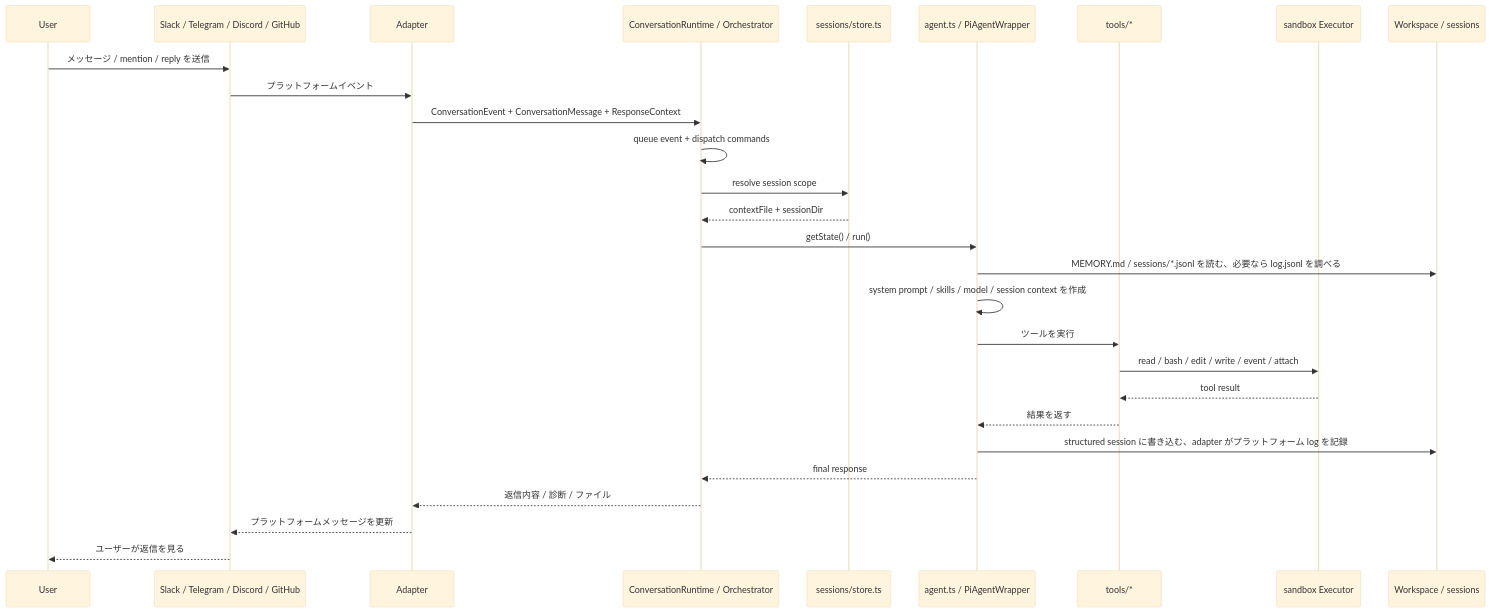
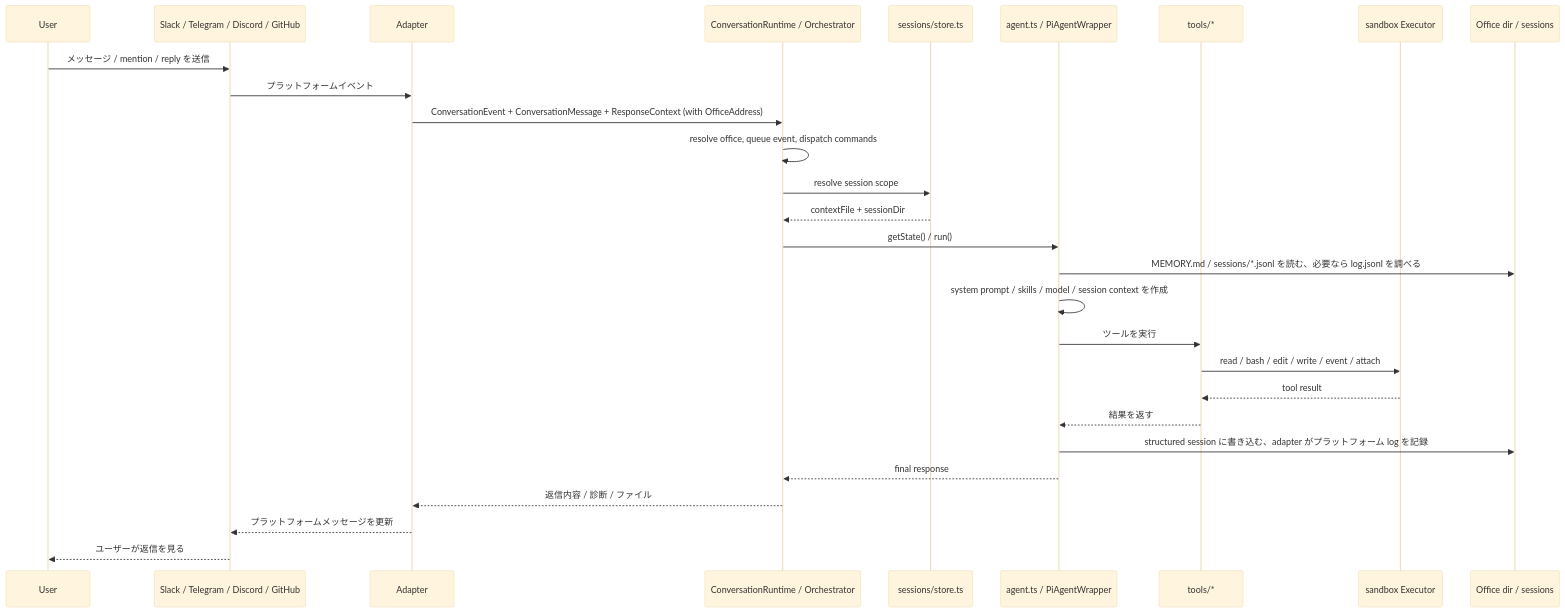
Before and after one commit to geminixiang/mikan: the first of 2 diagrams in src/content/docs/ja/architecture.md, drawn with Mermaid (base theme). The commit also changed other lines of this file and 167 other files, not shown here.

````diff
--- a/src/content/docs/ja/architecture.md
+++ b/src/content/docs/ja/architecture.md
@@ -106,31 +125,31 @@
 ```mermaid
 sequenceDiagram
   participant U as User
   participant P as Slack / Telegram / Discord / GitHub
   participant A as Adapter
   participant M as ConversationRuntime / Orchestrator
   participant S as sessions/store.ts
   participant R as agent.ts / PiAgentWrapper
   participant T as tools/*
   participant X as sandbox Executor
-  participant W as Workspace / sessions
+  participant W as Office dir / sessions
 
   U->>P: メッセージ / mention / reply を送信
   P->>A: プラットフォームイベント
-  A->>M: ConversationEvent + ConversationMessage + ResponseContext
-  M->>M: queue event + dispatch commands
+  A->>M: ConversationEvent + ConversationMessage + ResponseContext (with OfficeAddress)
+  M->>M: resolve office, queue event, dispatch commands
   M->>S: resolve session scope
   S-->>M: contextFile + sessionDir
   M->>R: getState() / run()
   R->>W: MEMORY.md / sessions/*.jsonl を読む、必要なら log.jsonl を調べる
   R->>R: system prompt / skills / model / session context を作成
   R->>T: ツールを実行
   T->>X: read / bash / edit / write / event / attach
   X-->>T: tool result
   T-->>R: 結果を返す
   R->>W: structured session に書き込む、adapter がプラットフォーム log を記録
   R-->>M: final response
   M-->>A: 返信内容 / 診断 / ファイル
   A-->>P: プラットフォームメッセージを更新
   P-->>U: ユーザーが返信を見る
 ```
````
